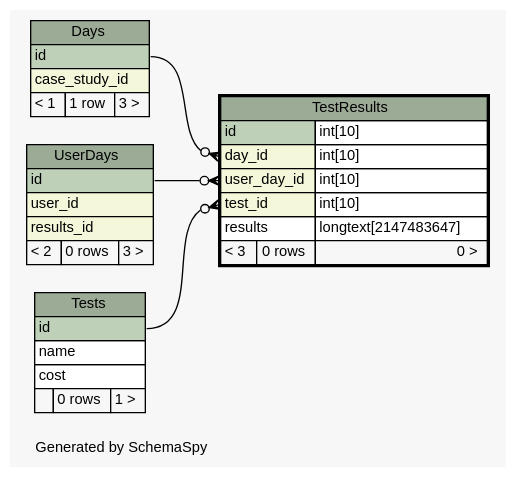
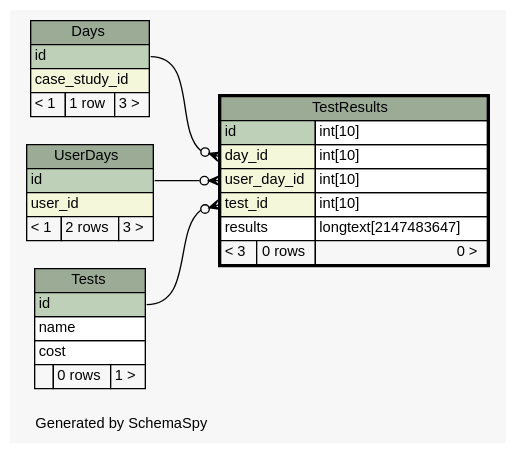
One commit to carrel2/CaseStudies changed the diagram in web/files/schema/diagrams/TestResults.1degree.dot. Above: the diagram before and after it, drawn with Graphviz. The commit also changed 262 other files, not shown here.

```diff
--- a/web/files/schema/diagrams/TestResults.1degree.dot
+++ b/web/files/schema/diagrams/TestResults.1degree.dot
@@ -1,74 +1,73 @@
-// dot 2.38.0 on Linux 4.4.0-66-generic
+// dot 2.38.0 on Linux 4.4.0-67-generic
 // SchemaSpy rev 590
 digraph "oneDegreeRelationshipsDiagram" {
   graph [
     rankdir="RL"
     bgcolor="#f7f7f7"
     label="\nGenerated by SchemaSpy"
     labeljust="l"
     nodesep="0.18"
     ranksep="0.46"
     fontname="Helvetica"
     fontsize="11"
   ];
   node [
     fontname="Helvetica"
     fontsize="11"
     shape="plaintext"
   ];
   edge [
     arrowsize="0.8"
   ];
   "TestResults":"day_id":w -> "Days":"id":e [arrowhead=none dir=back arrowtail=crowodot];
   "TestResults":"test_id":w -> "Tests":"id":e [arrowhead=none dir=back arrowtail=crowodot];
   "TestResults":"user_day_id":w -> "UserDays":"id":e [arrowhead=none dir=back arrowtail=crowodot];
   "Days" [
     label=<
     <TABLE BORDER="0" CELLBORDER="1" CELLSPACING="0" BGCOLOR="#ffffff">
       <TR><TD COLSPAN="3" BGCOLOR="#9bab96" ALIGN="CENTER">Days</TD></TR>
       <TR><TD PORT="id" COLSPAN="3" BGCOLOR="#bed1b8" ALIGN="LEFT">id</TD></TR>
       <TR><TD PORT="case_study_id" COLSPAN="3" BGCOLOR="#f4f7da" ALIGN="LEFT">case_study_id</TD></TR>
       <TR><TD ALIGN="LEFT" BGCOLOR="#f7f7f7">&lt; 1</TD><TD ALIGN="RIGHT" BGCOLOR="#f7f7f7">1 row</TD><TD ALIGN="RIGHT" BGCOLOR="#f7f7f7">3 &gt;</TD></TR>
     </TABLE>>
     URL="Days.html"
     tooltip="Days"
   ];
   "TestResults" [
     label=<
     <TABLE BORDER="2" CELLBORDER="1" CELLSPACING="0" BGCOLOR="#ffffff">
       <TR><TD COLSPAN="3" BGCOLOR="#9bab96" ALIGN="CENTER">TestResults</TD></TR>
       <TR><TD PORT="id" COLSPAN="2" BGCOLOR="#bed1b8" ALIGN="LEFT">id</TD><TD PORT="id.type" ALIGN="LEFT">int[10]</TD></TR>
       <TR><TD PORT="day_id" COLSPAN="2" BGCOLOR="#f4f7da" ALIGN="LEFT">day_id</TD><TD PORT="day_id.type" ALIGN="LEFT">int[10]</TD></TR>
       <TR><TD PORT="user_day_id" COLSPAN="2" BGCOLOR="#f4f7da" ALIGN="LEFT">user_day_id</TD><TD PORT="user_day_id.type" ALIGN="LEFT">int[10]</TD></TR>
       <TR><TD PORT="test_id" COLSPAN="2" BGCOLOR="#f4f7da" ALIGN="LEFT">test_id</TD><TD PORT="test_id.type" ALIGN="LEFT">int[10]</TD></TR>
       <TR><TD PORT="results" COLSPAN="2" ALIGN="LEFT">results</TD><TD PORT="results.type" ALIGN="LEFT">longtext[2147483647]</TD></TR>
       <TR><TD ALIGN="LEFT" BGCOLOR="#f7f7f7">&lt; 3</TD><TD ALIGN="RIGHT" BGCOLOR="#f7f7f7">0 rows</TD><TD ALIGN="RIGHT" BGCOLOR="#f7f7f7">0 &gt;</TD></TR>
     </TABLE>>
     URL="TestResults.html"
     tooltip="TestResults"
   ];
   "Tests" [
     label=<
     <TABLE BORDER="0" CELLBORDER="1" CELLSPACING="0" BGCOLOR="#ffffff">
       <TR><TD COLSPAN="3" BGCOLOR="#9bab96" ALIGN="CENTER">Tests</TD></TR>
       <TR><TD PORT="id" COLSPAN="3" BGCOLOR="#bed1b8" ALIGN="LEFT">id</TD></TR>
       <TR><TD PORT="name" COLSPAN="3" ALIGN="LEFT">name</TD></TR>
       <TR><TD PORT="cost" COLSPAN="3" ALIGN="LEFT">cost</TD></TR>
       <TR><TD ALIGN="LEFT" BGCOLOR="#f7f7f7">  </TD><TD ALIGN="RIGHT" BGCOLOR="#f7f7f7">0 rows</TD><TD ALIGN="RIGHT" BGCOLOR="#f7f7f7">1 &gt;</TD></TR>
     </TABLE>>
     URL="Tests.html"
     tooltip="Tests"
   ];
   "UserDays" [
     label=<
     <TABLE BORDER="0" CELLBORDER="1" CELLSPACING="0" BGCOLOR="#ffffff">
       <TR><TD COLSPAN="3" BGCOLOR="#9bab96" ALIGN="CENTER">UserDays</TD></TR>
       <TR><TD PORT="id" COLSPAN="3" BGCOLOR="#bed1b8" ALIGN="LEFT">id</TD></TR>
       <TR><TD PORT="user_id" COLSPAN="3" BGCOLOR="#f4f7da" ALIGN="LEFT">user_id</TD></TR>
-      <TR><TD PORT="results_id" COLSPAN="3" BGCOLOR="#f4f7da" ALIGN="LEFT">results_id</TD></TR>
-      <TR><TD ALIGN="LEFT" BGCOLOR="#f7f7f7">&lt; 2</TD><TD ALIGN="RIGHT" BGCOLOR="#f7f7f7">0 rows</TD><TD ALIGN="RIGHT" BGCOLOR="#f7f7f7">3 &gt;</TD></TR>
+      <TR><TD ALIGN="LEFT" BGCOLOR="#f7f7f7">&lt; 1</TD><TD ALIGN="RIGHT" BGCOLOR="#f7f7f7">2 rows</TD><TD ALIGN="RIGHT" BGCOLOR="#f7f7f7">3 &gt;</TD></TR>
     </TABLE>>
     URL="UserDays.html"
     tooltip="UserDays"
   ];
 }
```
